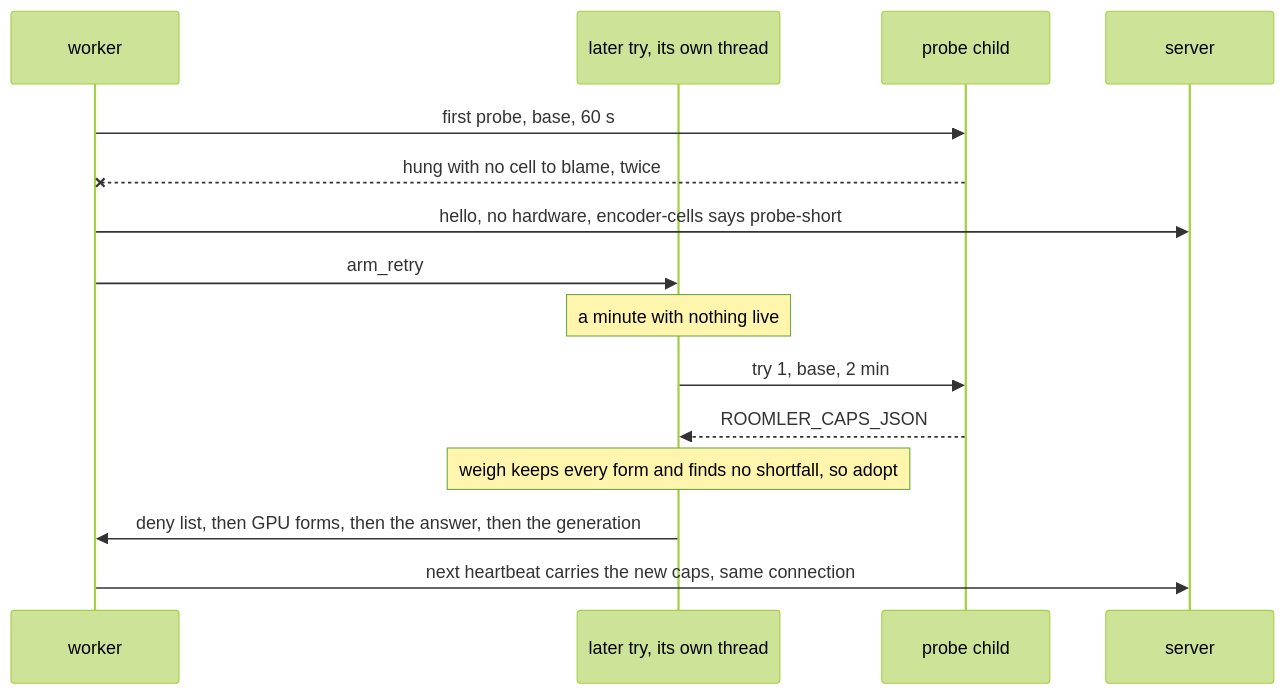
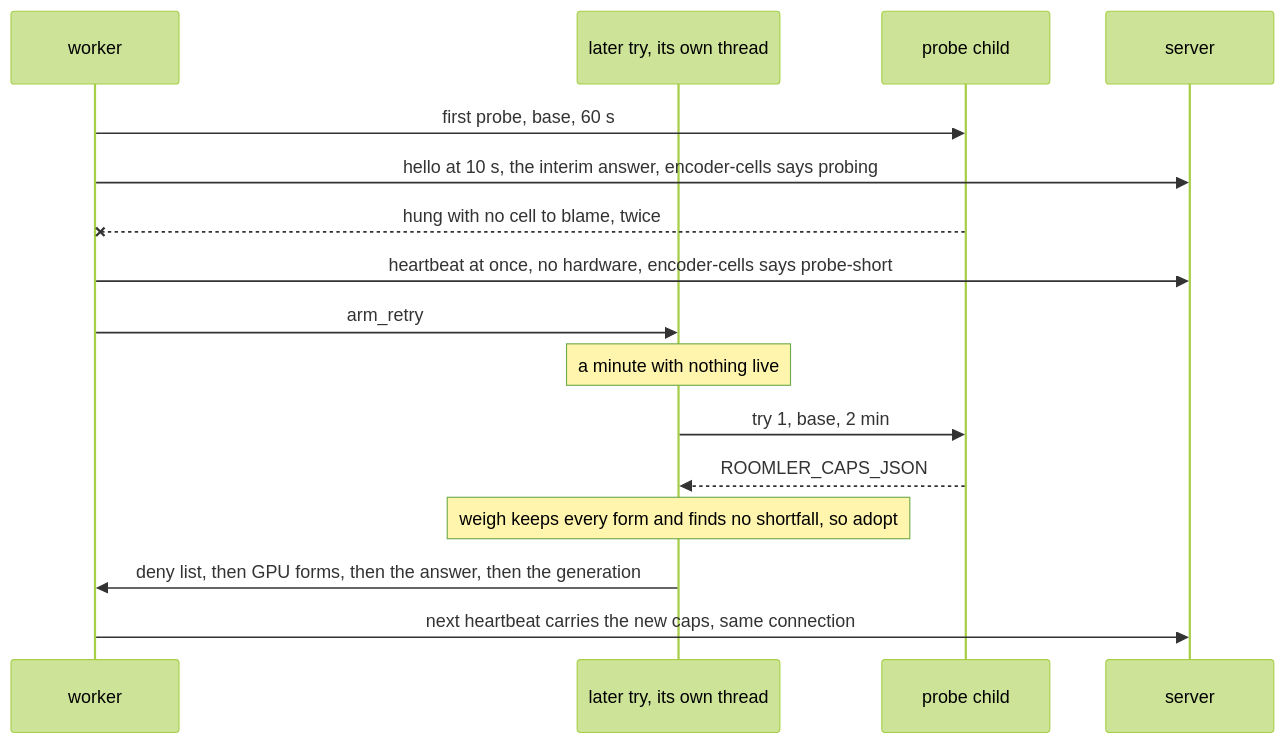
One commit to gjovanov/roomler-ai changed the sixth of 18 diagrams in docs/encoders.md. Above: the diagram before and after it, drawn with Mermaid (forest theme). The commit also changed other lines of this file and 9 other files, not shown here.

````diff
--- a/docs/encoders.md
+++ b/docs/encoders.md
@@ -528,17 +610,18 @@
 ```mermaid
 sequenceDiagram
     participant W as worker
     participant T as later try, its own thread
     participant C as probe child
     participant S as server
     W->>C: first probe, base, 60 s
+    W->>S: hello at 10 s, the interim answer, encoder-cells says probing
     C--xW: hung with no cell to blame, twice
-    W->>S: hello, no hardware, encoder-cells says probe-short
+    W->>S: heartbeat at once, no hardware, encoder-cells says probe-short
     W->>T: arm_retry
     Note over T: a minute with nothing live
     T->>C: try 1, base, 2 min
     C-->>T: ROOMLER_CAPS_JSON
     Note over T: weigh keeps every form and finds no shortfall, so adopt
     T->>W: deny list, then GPU forms, then the answer, then the generation
     W->>S: next heartbeat carries the new caps, same connection
 ```
````
